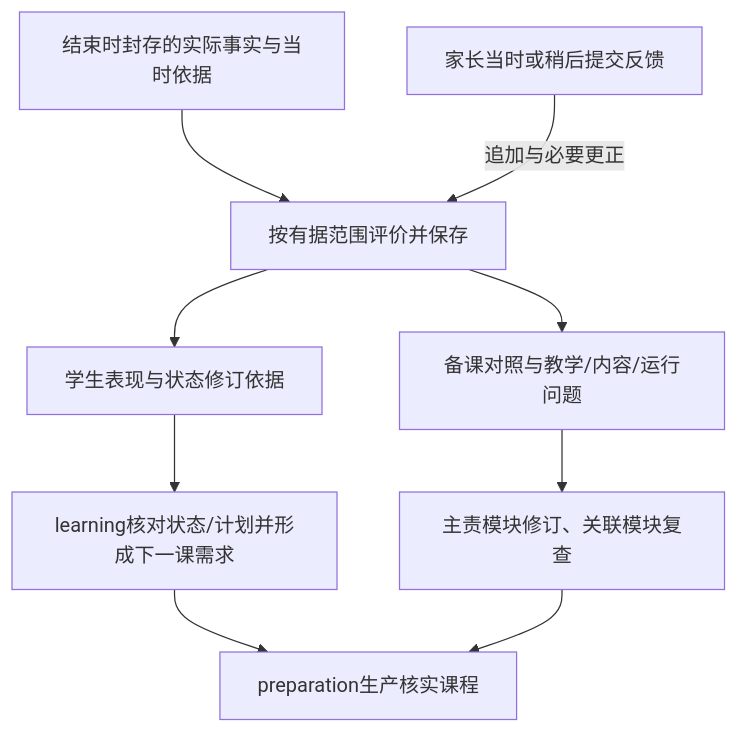
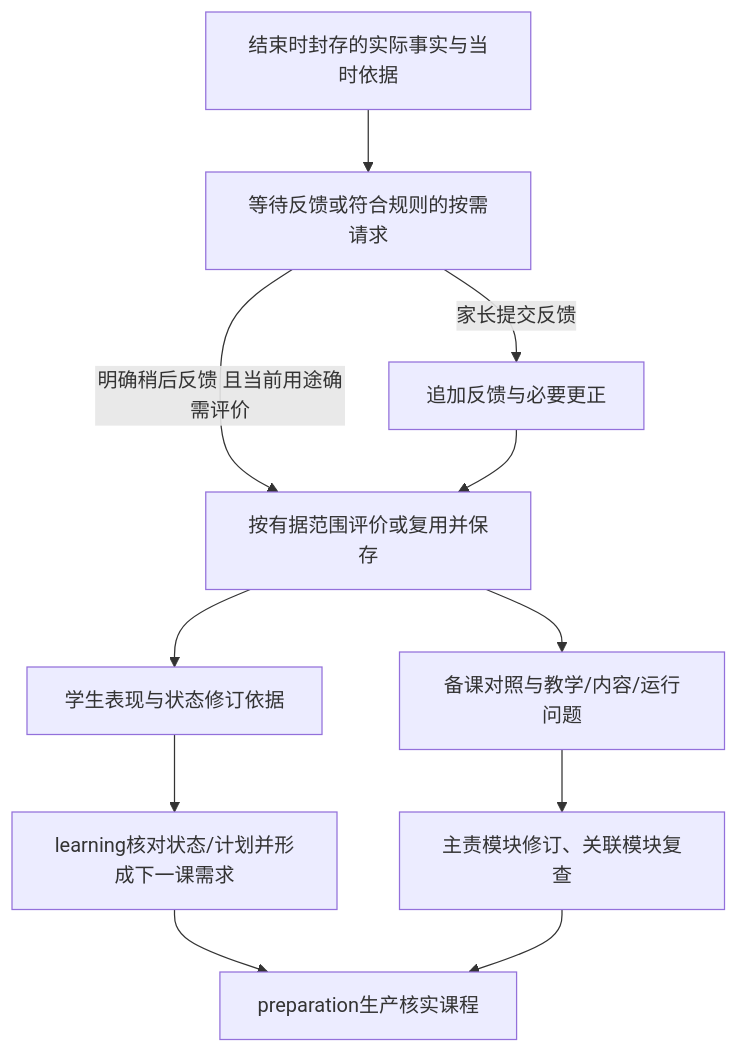
The diagram in design/evaluation/handoffs.md (AltairEven/ProjectJ), drawn with Mermaid before and after one commit. The commit also changed other lines of this file and 54 other files, not shown here.

````diff
--- a/design/evaluation/handoffs.md
+++ b/design/evaluation/handoffs.md
@@ -27,11 +29,13 @@
 ```mermaid
 flowchart TD
-A[结束时封存的实际事实与当时依据] --> C[按有据范围评价并保存]
-B[家长当时或稍后提交反馈] -->|追加与必要更正| C
+    A[结束时封存的实际事实与当时依据] --> W[等待反馈或符合规则的按需请求]
+    W -->|家长提交反馈| B[追加反馈与必要更正]
+    W -->|明确稍后反馈 且当前用途确需评价| C[按有据范围评价或复用并保存]
+    B --> C
     C --> D[学生表现与状态修订依据]
     D --> E[learning核对状态/计划并形成下一课需求]
     E --> F[preparation生产核实课程]
     C --> G[备课对照与教学/内容/运行问题]
     G --> H[主责模块修订、关联模块复查]
     H --> F
 ```
````
